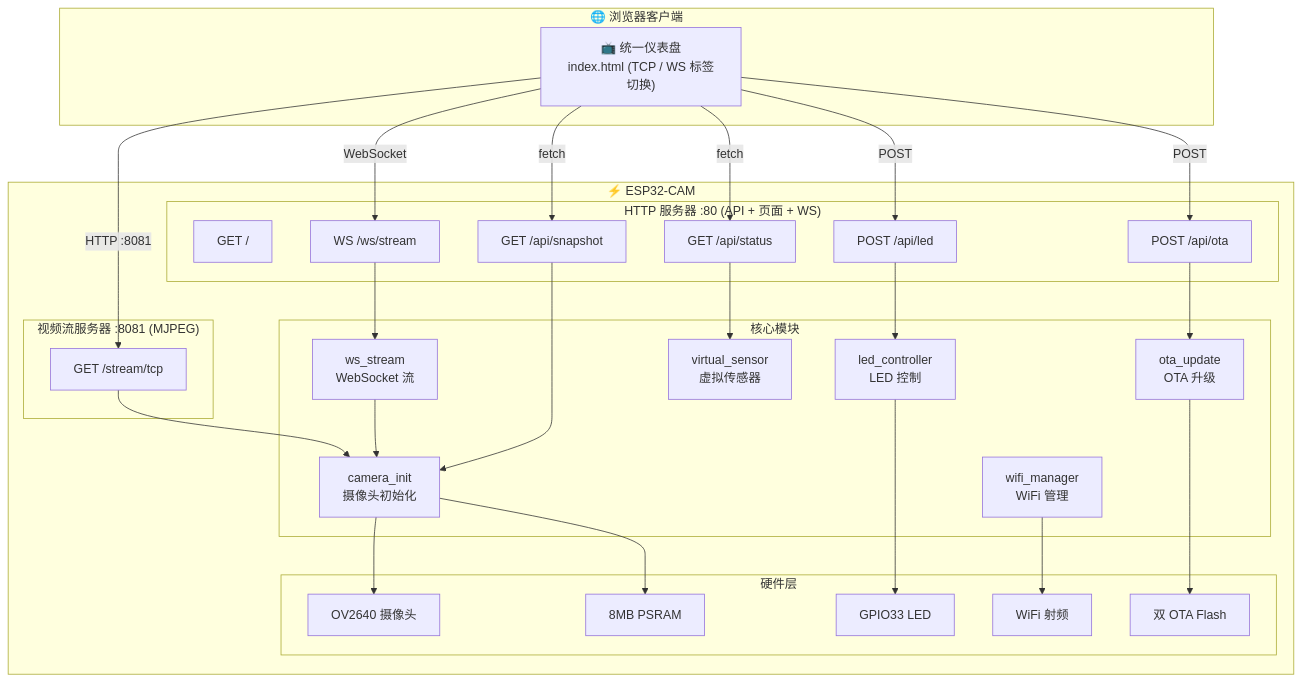
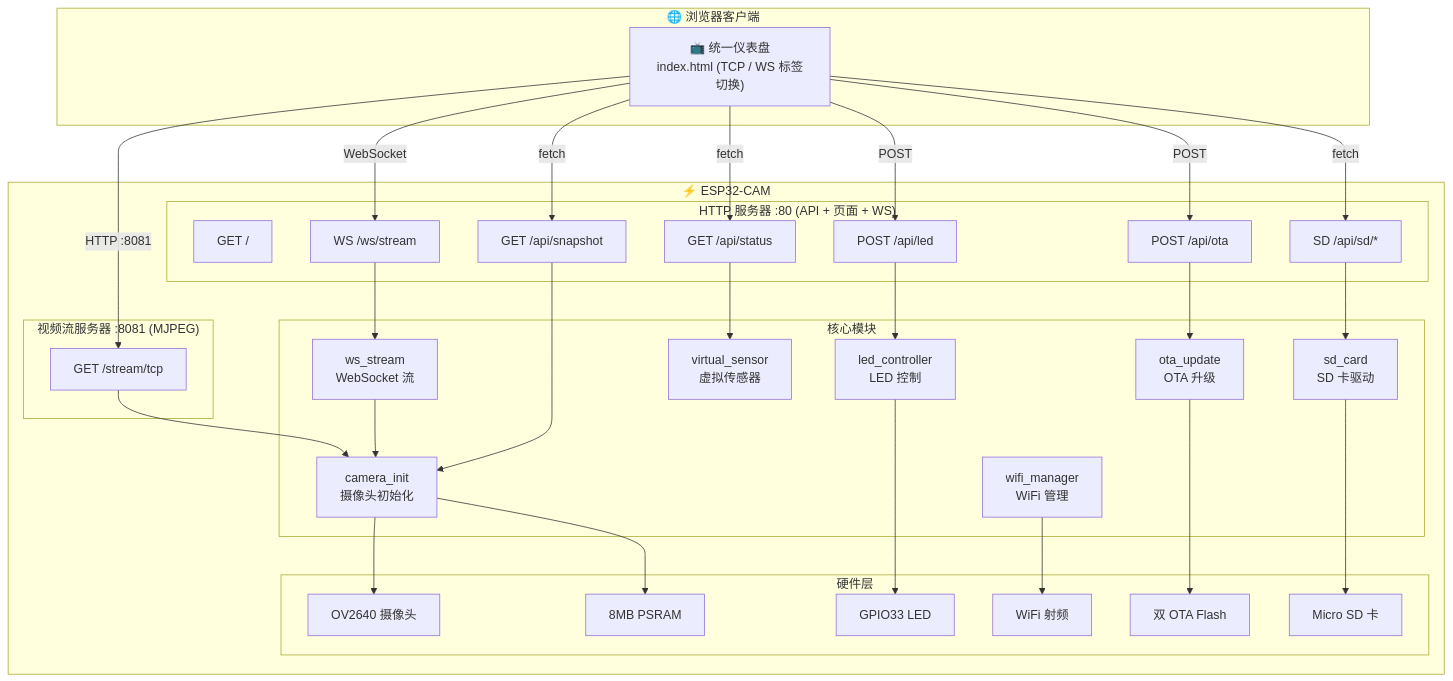
Before and after one commit to chinawrj/Autopilot-ESP32-CAM: the diagram in README_CN.md, drawn with Mermaid. The commit also changed other lines of this file and 6 other files, not shown here.

````diff
--- a/README_CN.md
+++ b/README_CN.md
@@ -84,54 +86,58 @@
 ```mermaid
 graph TB
     subgraph Browser["🌐 浏览器客户端"]
         A1["📺 统一仪表盘<br/>index.html (TCP / WS 标签切换)"]
     end
 
     subgraph ESP["⚡ ESP32-CAM"]
         subgraph HTTP80["HTTP 服务器 :80 (API + 页面 + WS)"]
             B1["GET /"]
             B4["GET /api/status"]
             B5["POST /api/led"]
             B6["WS /ws/stream"]
             B7["GET /api/snapshot"]
             B8["POST /api/ota"]
+            B9["SD /api/sd/*"]
         end
 
         subgraph HTTP8081["视频流服务器 :8081 (MJPEG)"]
             B2["GET /stream/tcp"]
         end
 
         subgraph Modules["核心模块"]
             C1["wifi_manager<br/>WiFi 管理"]
             C2["camera_init<br/>摄像头初始化"]
             C3["ws_stream<br/>WebSocket 流"]
             C4["led_controller<br/>LED 控制"]
             C5["virtual_sensor<br/>虚拟传感器"]
             C6["ota_update<br/>OTA 升级"]
+            C7["sd_card<br/>SD 卡驱动"]
         end
 
         subgraph HW["硬件层"]
             D2["OV2640 摄像头"]
             D3["8MB PSRAM"]
             D4["GPIO33 LED"]
             D5["WiFi 射频"]
             D6["双 OTA Flash"]
+            D7["Micro SD 卡"]
         end
     end
 
     A1 -- "HTTP :8081" --> B2
     A1 -- "WebSocket" --> B6
-    A1 -- "fetch" --> B4 & B7
+    A1 -- "fetch" --> B4 & B7 & B9
     A1 -- "POST" --> B5 & B8
 
     B2 --> C2
     B6 --> C3 --> C2
     B7 --> C2
+    B9 --> C7 --> D7
     B4 --> C5
     B5 --> C4
     B8 --> C6
     C1 --> D5
     C2 --> D2 & D3
     C4 --> D4
     C6 --> D6
 ```
````
